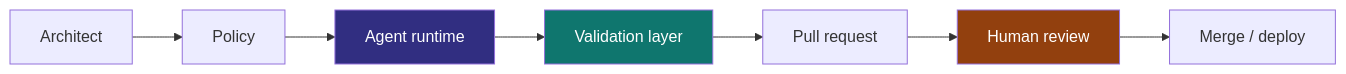
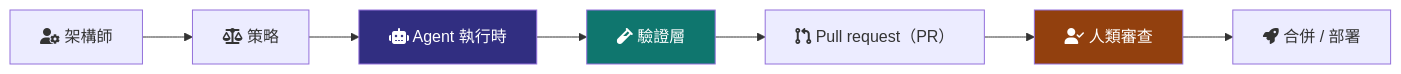
Before and after one commit to nelson-o/nelson-o.github.io: the second of 5 diagrams in content/zh-tw/ideas/agent-loops.mdx, drawn with Mermaid. The commit also changed other lines of this file and 3 other files, not shown here.

````diff
--- a/content/zh-tw/ideas/agent-loops.mdx
+++ b/content/zh-tw/ideas/agent-loops.mdx
@@ -138,13 +138,13 @@
 ```mermaid
 flowchart LR
-  A["Architect"] --> B["Policy"]
-  B --> C["Agent runtime"]
-  C --> D["Validation layer"]
-  D --> E["Pull request"]
-  E --> F["Human review"]
-  F --> G["Merge / deploy"]
+  A["fa:fa-user-gear 架構師"] --> B["fa:fa-scale-balanced 策略"]
+  B --> C["fa:fa-robot Agent 執行時"]
+  C --> D["fa:fa-vial 驗證層"]
+  D --> E["fa:fa-code-pull-request Pull request（PR）"]
+  E --> F["fa:fa-user-check 人類審查"]
+  F --> G["fa:fa-rocket 合併 / 部署"]
 
   style C fill:#312e81,color:#fff
   style D fill:#0f766e,color:#fff
   style F fill:#92400e,color:#fff
 ```
````
